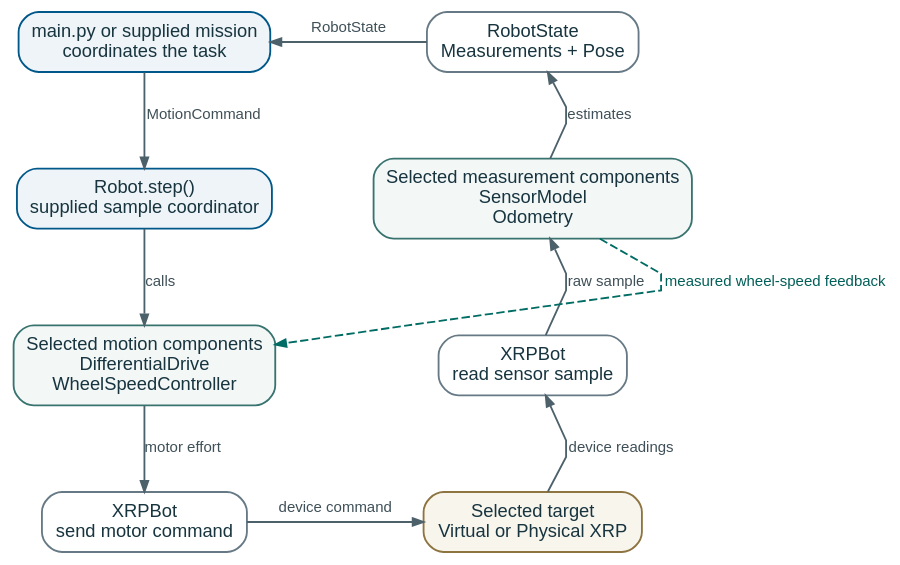
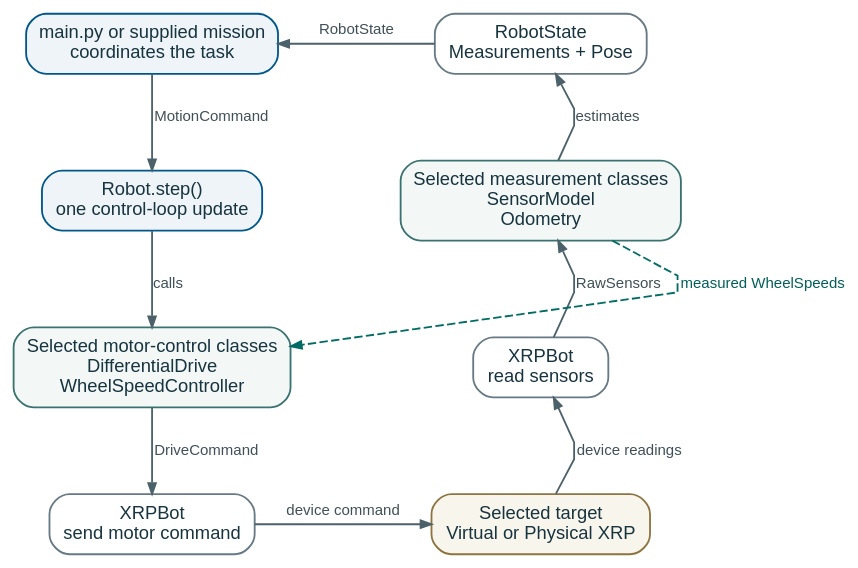
Before and after one commit to yonvisell/ucsbxrp: the diagram in docs/diagrams/control-cycle.dot, drawn with Graphviz. The commit also changed 14 other files, not shown here.

```diff
--- a/docs/diagrams/control-cycle.dot
+++ b/docs/diagrams/control-cycle.dot
@@ -1,63 +1,63 @@
 digraph ControlCycle {
   graph [
     bgcolor="transparent",
     fontname="Arial",
     nodesep=0.5,
     pad=0.08,
     rankdir=TB,
     ranksep=0.58,
     splines=polyline
   ];
   node [
     color="#667984",
     fillcolor="#ffffff",
     fontcolor="#17343f",
     fontname="Arial",
     fontsize=11,
     margin="0.12,0.08",
     penwidth=1.1,
     shape=box,
     style="rounded,filled"
   ];
   edge [
     arrowsize=0.65,
     color="#4d616b",
     fontcolor="#3f5058",
     fontname="Arial",
     fontsize=9,
     penwidth=1.1
   ];
 
   program [label="main.py or supplied mission\ncoordinates the task", color="#00588a", fillcolor="#eef4f7"];
-  robot [label="Robot.step()\nsupplied sample coordinator", color="#00588a", fillcolor="#eef4f7"];
-  motion [label="Selected motion components\nDifferentialDrive\nWheelSpeedController", color="#39736f", fillcolor="#f3f8f7"];
+  robot [label="Robot.step()\none control-loop update", color="#00588a", fillcolor="#eef4f7"];
+  motion [label="Selected motor-control classes\nDifferentialDrive\nWheelSpeedController", color="#39736f", fillcolor="#f3f8f7"];
   bot_command [label="XRPBot\nsend motor command", color="#667984", fillcolor="#ffffff"];
-  bot_sample [label="XRPBot\nread sensor sample", color="#667984", fillcolor="#ffffff"];
+  bot_sample [label="XRPBot\nread sensors", color="#667984", fillcolor="#ffffff"];
   target [label="Selected target\nVirtual or Physical XRP", color="#8d7440", fillcolor="#f8f5ed"];
-  measurement [label="Selected measurement components\nSensorModel\nOdometry", color="#39736f", fillcolor="#f3f8f7"];
+  measurement [label="Selected measurement classes\nSensorModel\nOdometry", color="#39736f", fillcolor="#f3f8f7"];
   state [label="RobotState\nMeasurements + Pose", color="#667984", fillcolor="#ffffff"];
 
   { rank=same; program; state; }
   { rank=same; robot; measurement; }
   { rank=same; motion; bot_sample; }
   { rank=same; bot_command; target; }
 
   program -> robot [label="MotionCommand"];
   robot -> motion [label="calls"];
-  motion -> bot_command [label="motor effort"];
+  motion -> bot_command [label="DriveCommand"];
   bot_command -> target [label="device command"];
   state -> measurement [style=invis, weight=20];
   measurement -> bot_sample [style=invis, weight=20];
   bot_sample -> target [style=invis, weight=20];
   target -> bot_sample [label="device readings", constraint=false];
-  bot_sample -> measurement [label="raw sample", constraint=false];
+  bot_sample -> measurement [label="RawSensors", constraint=false];
   measurement -> state [label="estimates", constraint=false];
   state -> program [label="RobotState", constraint=false];
   measurement -> motion [
-    label="measured wheel-speed feedback",
+    label="measured WheelSpeeds",
     color="#006c64",
     fontcolor="#005f58",
     style=dashed,
     constraint=false
   ];
 }
```
